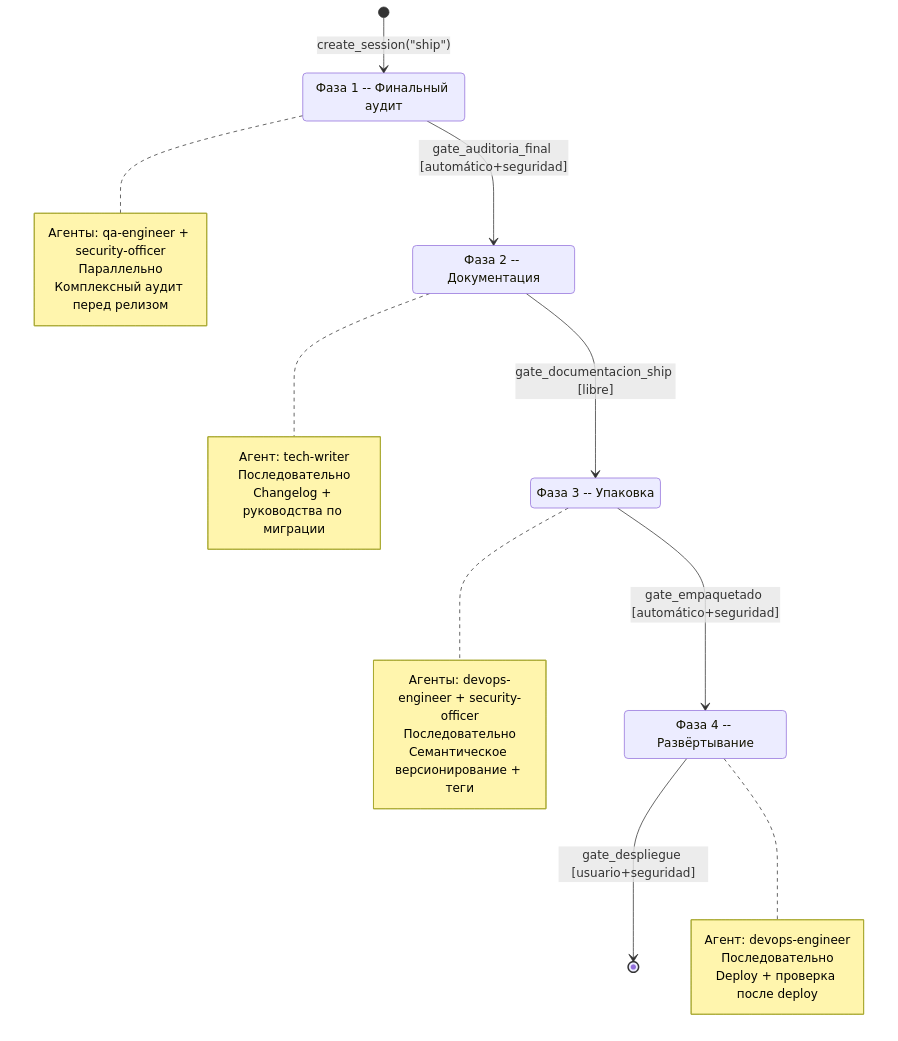
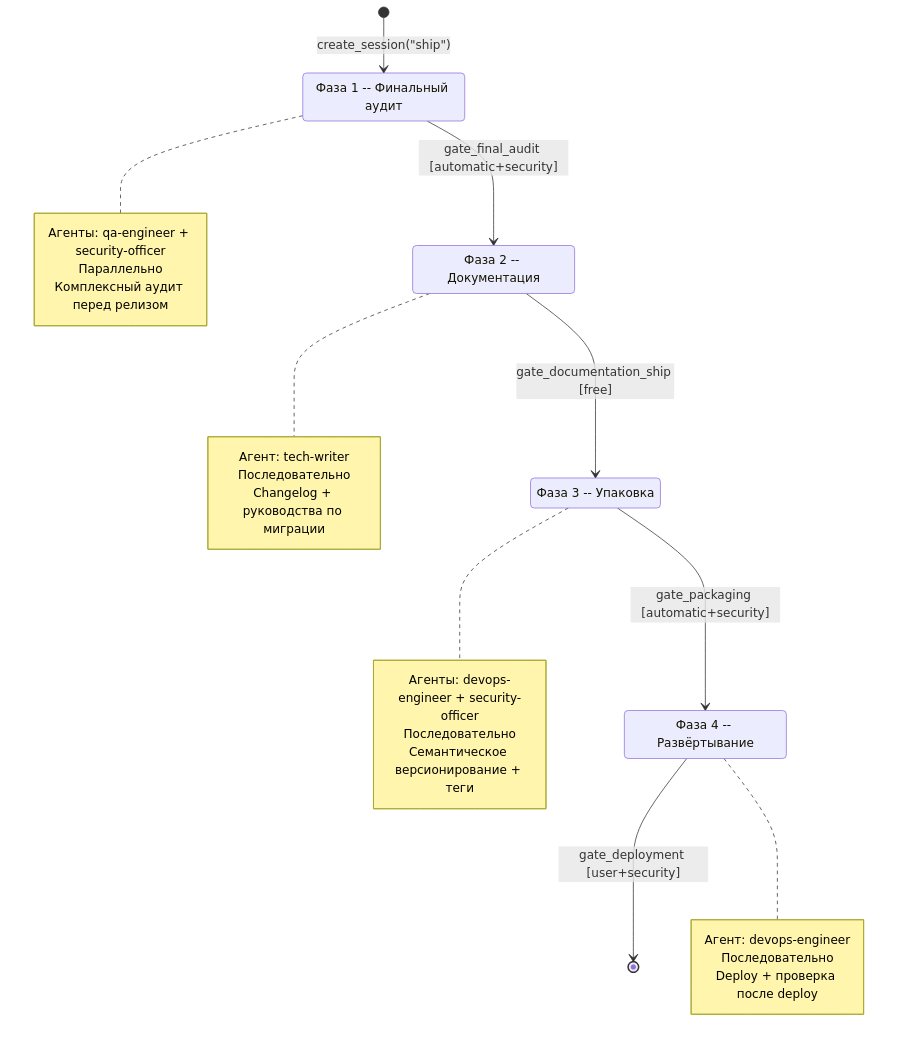
The sixth of 7 diagrams in docs/flows.md (grigoriev/alfred-dev), drawn with Mermaid before and after one commit. The commit also changed other lines of this file and 106 other files, not shown here.

````diff
--- a/docs/flows.md
+++ b/docs/flows.md
@@ -550,40 +550,40 @@
 ```mermaid
 stateDiagram-v2
     direction TB
 
-    [*] --> auditoria_final: create_session("ship")
+    [*] --> final_audit: create_session("ship")
 
-    state "Фаза 1 -- Финальный аудит" as auditoria_final
-    state "Фаза 2 -- Документация" as documentación
-    state "Фаза 3 -- Упаковка" as empaquetado
-    state "Фаза 4 -- Развёртывание" as despliegue
+    state "Фаза 1 -- Финальный аудит" as final_audit
+    state "Фаза 2 -- Документация" as documentation
+    state "Фаза 3 -- Упаковка" as packaging
+    state "Фаза 4 -- Развёртывание" as deployment
 
-    auditoria_final --> documentación: gate_auditoria_final [automático+seguridad]
-    documentación --> empaquetado: gate_documentacion_ship [libre]
-    empaquetado --> despliegue: gate_empaquetado [automático+seguridad]
-    despliegue --> [*]: gate_despliegue [usuario+seguridad]
+    final_audit --> documentation: gate_final_audit [automatic+security]
+    documentation --> packaging: gate_documentation_ship [free]
+    packaging --> deployment: gate_packaging [automatic+security]
+    deployment --> [*]: gate_deployment [user+security]
 
-    note right of auditoria_final
+    note right of final_audit
         Агенты: qa-engineer + security-officer
         Параллельно
         Комплексный аудит перед релизом
     end note
 
-    note right of documentación
+    note right of documentation
         Агент: tech-writer
         Последовательно
         Changelog + руководства по миграции
     end note
 
-    note right of empaquetado
+    note right of packaging
         Агенты: devops-engineer + security-officer
         Последовательно
         Семантическое версионирование + теги
     end note
 
-    note right of despliegue
+    note right of deployment
         Агент: devops-engineer
         Последовательно
         Deploy + проверка после deploy
     end note
 ```
````
